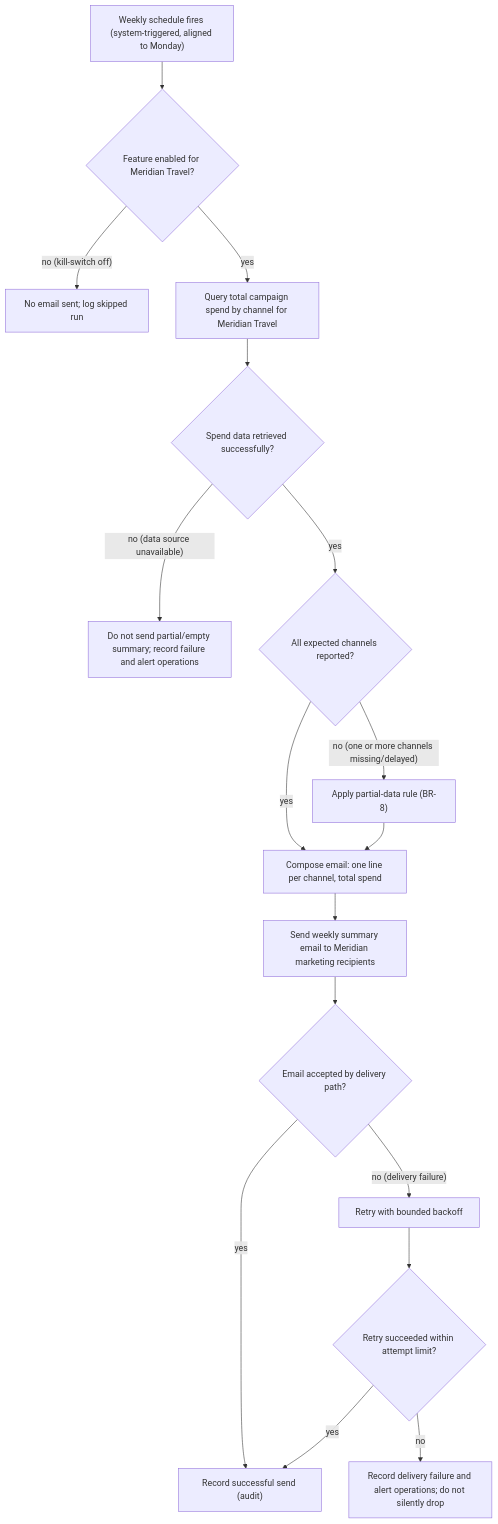
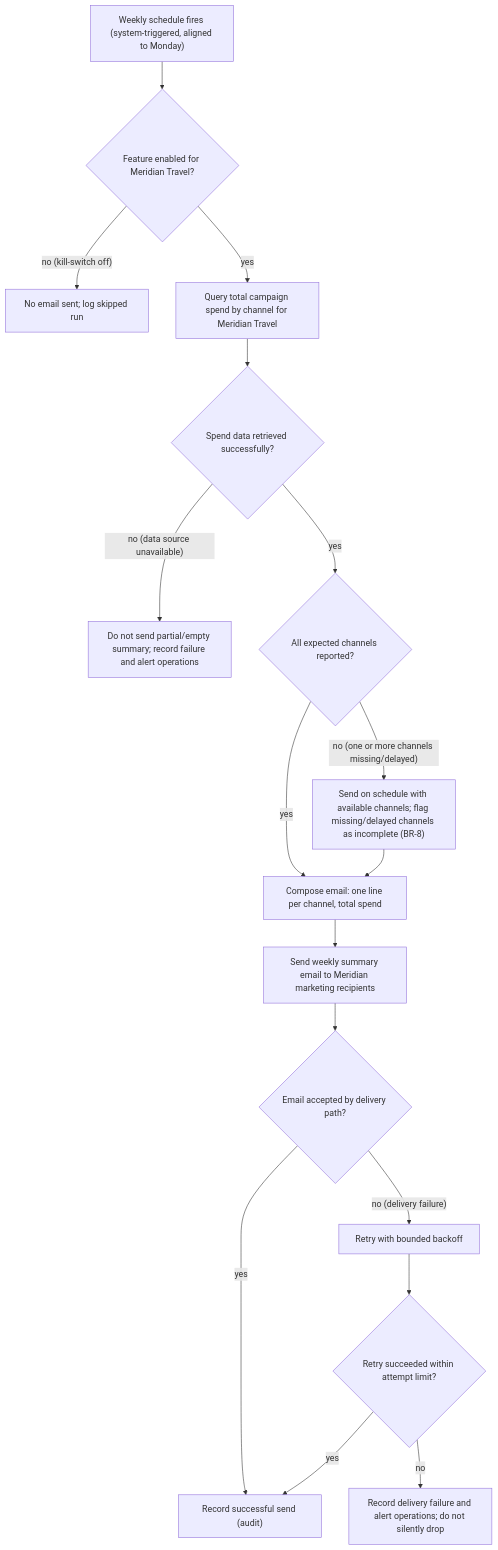
Before and after one commit to mayank-kochava/aisdlc-docs-sandbox: the diagram in docs/16-PRDs/078-k4a-weekly-email-summary-of-campaign-spend-by/product-spec.md, drawn with Mermaid. The commit also changed other lines of this file and 2 other files, not shown here.

````diff
--- a/docs/16-PRDs/078-k4a-weekly-email-summary-of-campaign-spend-by/product-spec.md
+++ b/docs/16-PRDs/078-k4a-weekly-email-summary-of-campaign-spend-by/product-spec.md
@@ -45,19 +45,19 @@
 ```mermaid
 flowchart TD
     A["Weekly schedule fires (system-triggered, aligned to Monday)"] --> B{"Feature enabled for Meridian Travel?"}
     B -->|"no (kill-switch off)"| Z["No email sent; log skipped run"]
     B -->|"yes"| C["Query total campaign spend by channel for Meridian Travel"]
     C --> D{"Spend data retrieved successfully?"}
     D -->|"no (data source unavailable)"| E["Do not send partial/empty summary; record failure and alert operations"]
     D -->|"yes"| F{"All expected channels reported?"}
-    F -->|"no (one or more channels missing/delayed)"| G["Apply partial-data rule (BR-8)"]
+    F -->|"no (one or more channels missing/delayed)"| G["Send on schedule with available channels; flag missing/delayed channels as incomplete (BR-8)"]
     F -->|"yes"| H["Compose email: one line per channel, total spend"]
     G --> H
     H --> I["Send weekly summary email to Meridian marketing recipients"]
     I --> J{"Email accepted by delivery path?"}
     J -->|"yes"| K["Record successful send (audit)"]
     J -->|"no (delivery failure)"| L["Retry with bounded backoff"]
     L --> M{"Retry succeeded within attempt limit?"}
     M -->|"yes"| K
     M -->|"no"| N["Record delivery failure and alert operations; do not silently drop"]
 ```
````
